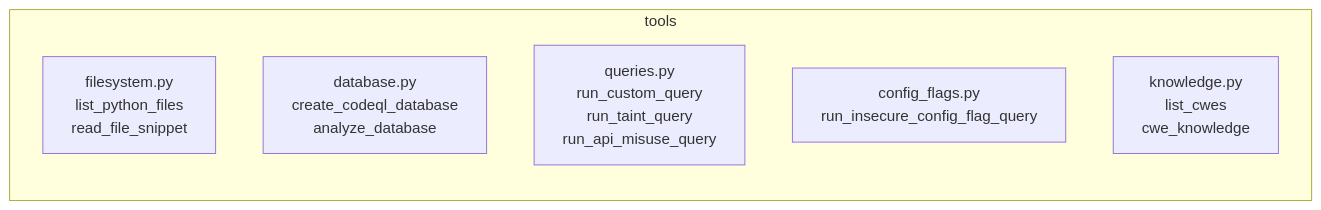
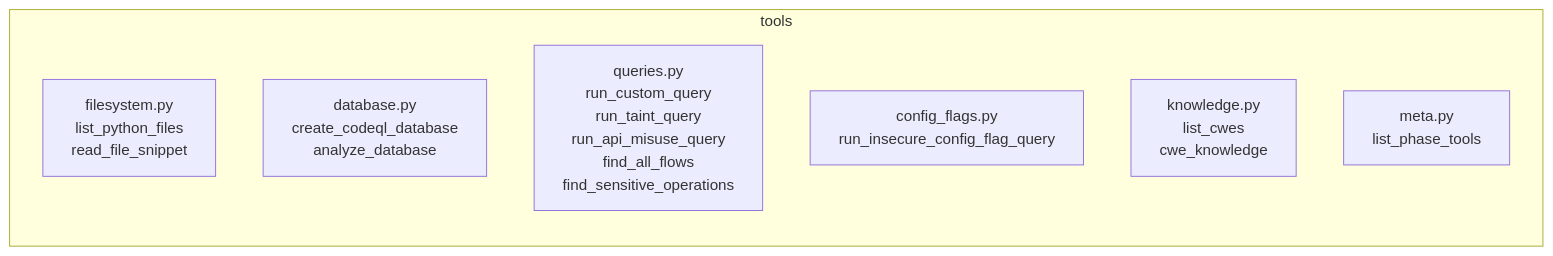
The fifth of 29 diagrams in documentazione/Server_MCP_Architettura.md (iris-cmd22/Sibyl), drawn with Mermaid before and after one commit. The commit also changed other lines of this file and 35 other files, not shown here.

````diff
--- a/documentazione/Server_MCP_Architettura.md
+++ b/documentazione/Server_MCP_Architettura.md
@@ -261,10 +265,11 @@
 ```mermaid
 flowchart LR
     subgraph tools
         FS["filesystem.py<br/>list_python_files<br/>read_file_snippet"]
         DB["database.py<br/>create_codeql_database<br/>analyze_database"]
-        QR["queries.py<br/>run_custom_query<br/>run_taint_query<br/>run_api_misuse_query"]
+        QR["queries.py<br/>run_custom_query<br/>run_taint_query<br/>run_api_misuse_query<br/>find_all_flows<br/>find_sensitive_operations"]
         CF["config_flags.py<br/>run_insecure_config_flag_query"]
         KW["knowledge.py<br/>list_cwes<br/>cwe_knowledge"]
+        MT["meta.py<br/>list_phase_tools"]
     end
 ```
````
